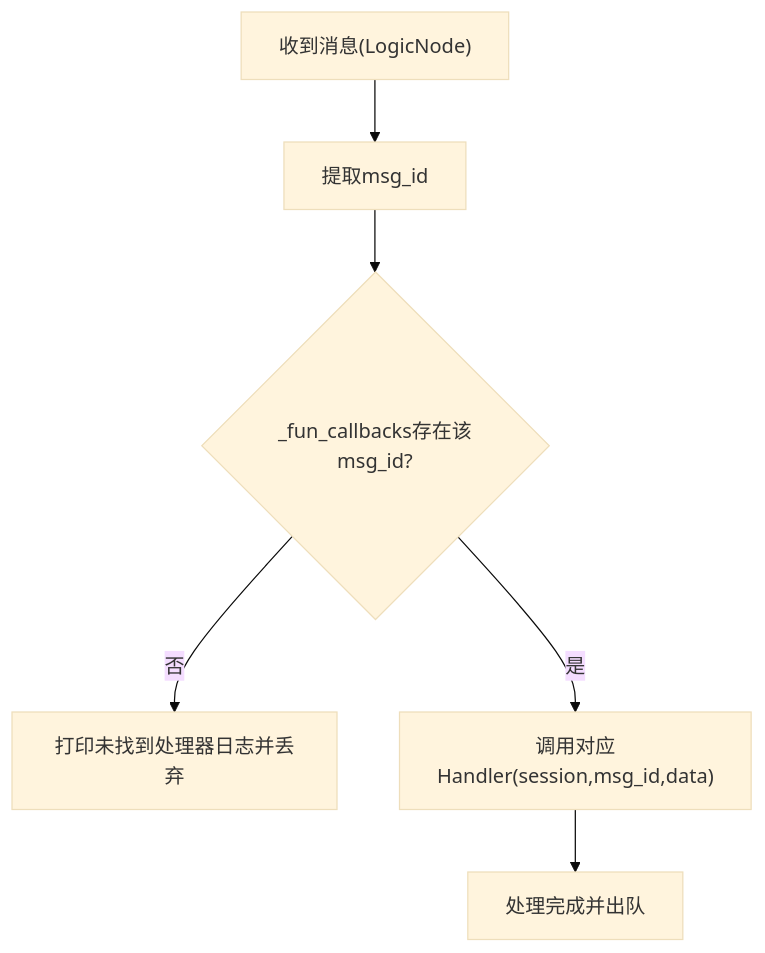
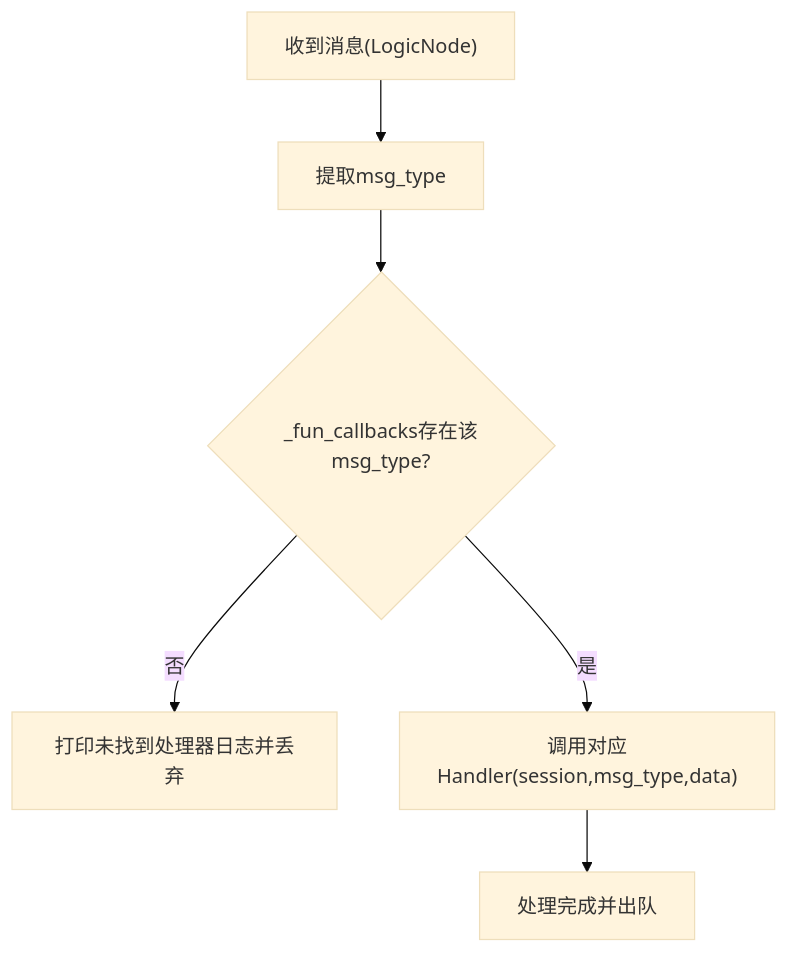
Before and after one commit to echo9923/mychatter: the sixth of 7 diagrams in .qoder/repowiki/zh/content/服务端开发/ChatServer聊天核心服务/业务逻辑系统/消息路由系统.md, drawn with Mermaid (base theme). The commit also changed other lines of this file and 128 other files, not shown here.

First line of the commit message:
refactor(protocol): TCP 帧头消息类型 msg_id 全局改名为 msg_type

````diff
--- a/.qoder/repowiki/zh/content/服务端开发/ChatServer聊天核心服务/业务逻辑系统/消息路由系统.md
+++ b/.qoder/repowiki/zh/content/服务端开发/ChatServer聊天核心服务/业务逻辑系统/消息路由系统.md
@@ -296,8 +296,8 @@
 ```mermaid
 flowchart TD
-A["收到消息(LogicNode)"] --> B["提取msg_id"]
-B --> C{"_fun_callbacks存在该msg_id?"}
+A["收到消息(LogicNode)"] --> B["提取msg_type"]
+B --> C{"_fun_callbacks存在该msg_type?"}
 C --> |否| D["打印未找到处理器日志并丢弃"]
-C --> |是| E["调用对应Handler(session,msg_id,data)"]
+C --> |是| E["调用对应Handler(session,msg_type,data)"]
 E --> F["处理完成并出队"]
 ```
````
